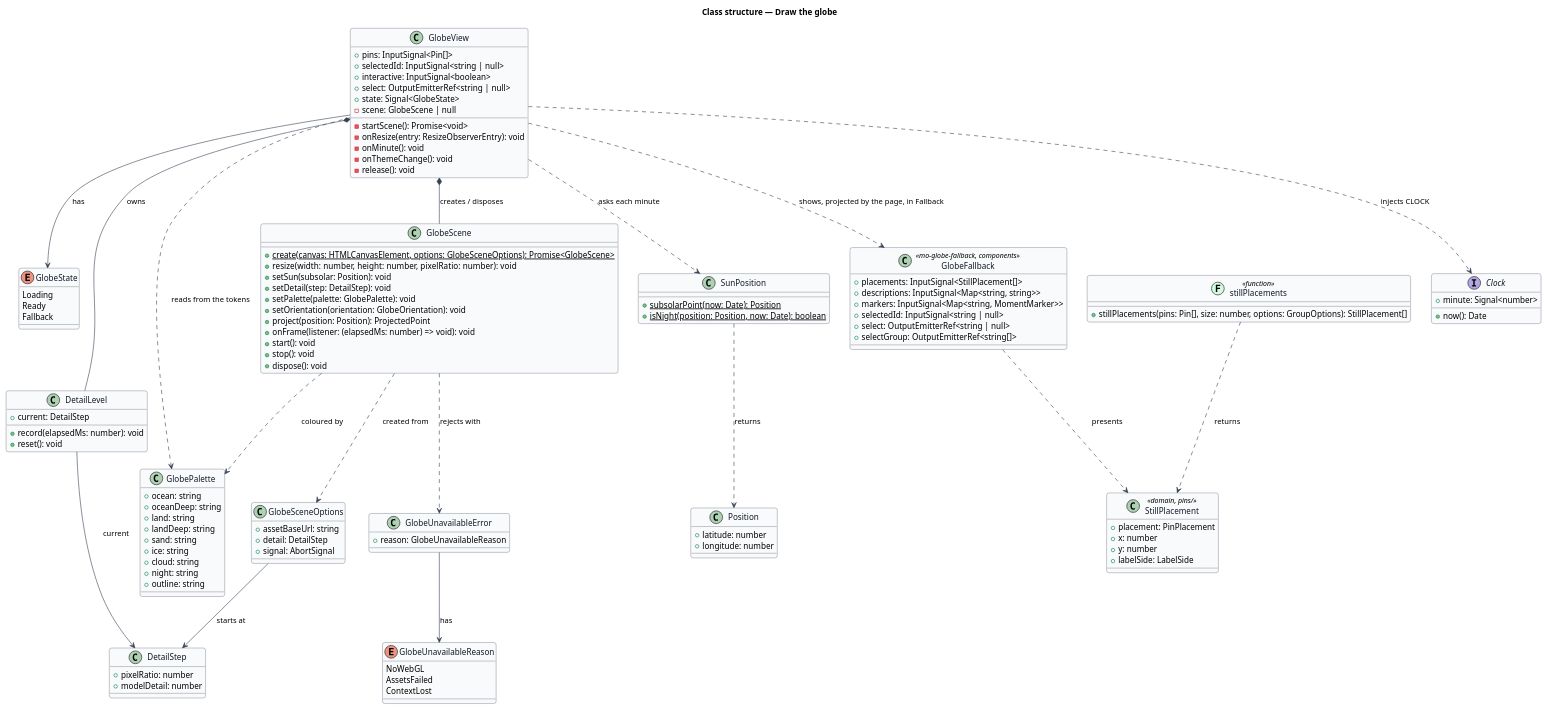
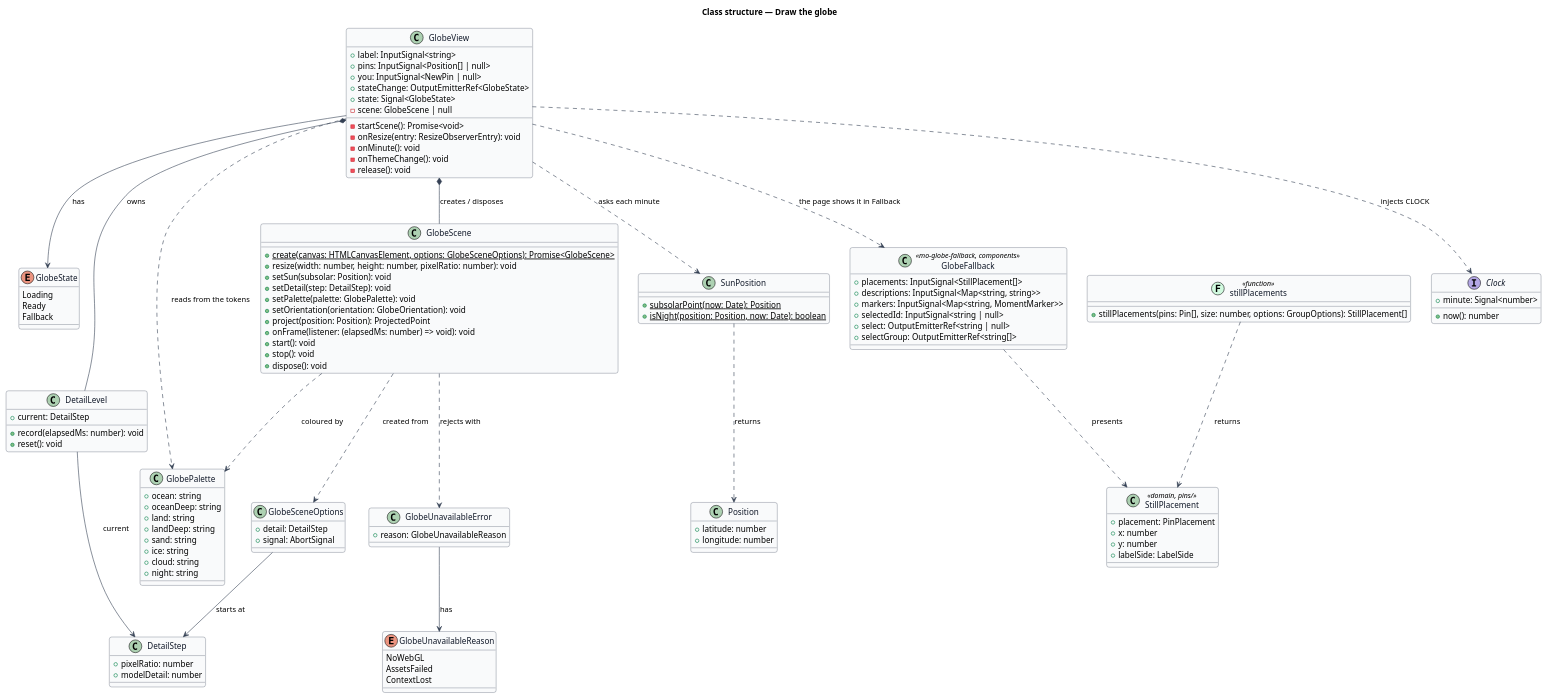
The diagram in docs/detailed-designs/globe/draw-globe/diagrams/class-structure.puml (QuinntyneBrown/Mondino), drawn with PlantUML before and after one commit. The commit also changed 32 other files, not shown here.

```diff
--- a/docs/detailed-designs/globe/draw-globe/diagrams/class-structure.puml
+++ b/docs/detailed-designs/globe/draw-globe/diagrams/class-structure.puml
@@ -1,138 +1,136 @@
 @startuml
 skinparam backgroundColor #FFFFFF
 skinparam shadowing false
 skinparam roundcorner 8
 skinparam defaultFontName Arial
 skinparam ArrowColor #344054
 skinparam class {
   BorderColor #344054
   FontColor #101828
   BackgroundColor #F9FAFB
 }
 title Class structure — Draw the globe
 
 enum GlobeState {
   Loading
   Ready
   Fallback
 }
 
 enum GlobeUnavailableReason {
   NoWebGL
   AssetsFailed
   ContextLost
 }
 
 class GlobeView {
-  +pins: InputSignal<Pin[]>
-  +selectedId: InputSignal<string | null>
-  +interactive: InputSignal<boolean>
-  +select: OutputEmitterRef<string | null>
+  +label: InputSignal<string>
+  +pins: InputSignal<Position[] | null>
+  +you: InputSignal<NewPin | null>
+  +stateChange: OutputEmitterRef<GlobeState>
   +state: Signal<GlobeState>
   -scene: GlobeScene | null
   -startScene(): Promise<void>
   -onResize(entry: ResizeObserverEntry): void
   -onMinute(): void
   -onThemeChange(): void
   -release(): void
 }
 
 class GlobeScene {
   {static} +create(canvas: HTMLCanvasElement, options: GlobeSceneOptions): Promise<GlobeScene>
   +resize(width: number, height: number, pixelRatio: number): void
   +setSun(subsolar: Position): void
   +setDetail(step: DetailStep): void
   +setPalette(palette: GlobePalette): void
   +setOrientation(orientation: GlobeOrientation): void
   +project(position: Position): ProjectedPoint
   +onFrame(listener: (elapsedMs: number) => void): void
   +start(): void
   +stop(): void
   +dispose(): void
 }
 
 class GlobeSceneOptions {
-  +assetBaseUrl: string
   +detail: DetailStep
   +signal: AbortSignal
 }
 
 class GlobeUnavailableError {
   +reason: GlobeUnavailableReason
 }
 
 class SunPosition {
   {static} +subsolarPoint(now: Date): Position
   {static} +isNight(position: Position, now: Date): boolean
 }
 
 class DetailLevel {
   +current: DetailStep
   +record(elapsedMs: number): void
   +reset(): void
 }
 
 class DetailStep {
   +pixelRatio: number
   +modelDetail: number
 }
 
 class GlobeFallback <<mo-globe-fallback, components>> {
   +placements: InputSignal<StillPlacement[]>
   +descriptions: InputSignal<Map<string, string>>
   +markers: InputSignal<Map<string, MomentMarker>>
   +selectedId: InputSignal<string | null>
   +select: OutputEmitterRef<string | null>
   +selectGroup: OutputEmitterRef<string[]>
 }
 
 class StillPlacement <<domain, pins/>> {
   +placement: PinPlacement
   +x: number
   +y: number
   +labelSide: LabelSide
 }
 
 class "stillPlacements" as stillPlacements << (F,#D1FADF) function >> {
   +stillPlacements(pins: Pin[], size: number, options: GroupOptions): StillPlacement[]
 }
 
 class GlobePalette {
   +ocean: string
   +oceanDeep: string
   +land: string
   +landDeep: string
   +sand: string
   +ice: string
   +cloud: string
   +night: string
-  +outline: string
 }
 
 interface Clock {
-  +now(): Date
+  +now(): number
   +minute: Signal<number>
 }
 
 class Position {
   +latitude: number
   +longitude: number
 }
 
 GlobeView *-- GlobeScene : creates / disposes
 GlobeView *-- DetailLevel : owns
 GlobeView --> GlobeState : has
 GlobeView ..> SunPosition : asks each minute
 GlobeView ..> Clock : injects CLOCK
-GlobeView ..> GlobeFallback : shows, projected by the page, in Fallback
+GlobeView ..> GlobeFallback : the page shows it in Fallback
 GlobeScene ..> GlobeSceneOptions : created from
 GlobeScene ..> GlobeUnavailableError : rejects with
 GlobeUnavailableError --> GlobeUnavailableReason : has
 DetailLevel --> DetailStep : current
 GlobeSceneOptions --> DetailStep : starts at
 SunPosition ..> Position : returns
 GlobeView ..> GlobePalette : reads from the tokens
 GlobeScene ..> GlobePalette : coloured by
 stillPlacements ..> StillPlacement : returns
 GlobeFallback ..> StillPlacement : presents
 @enduml
```
